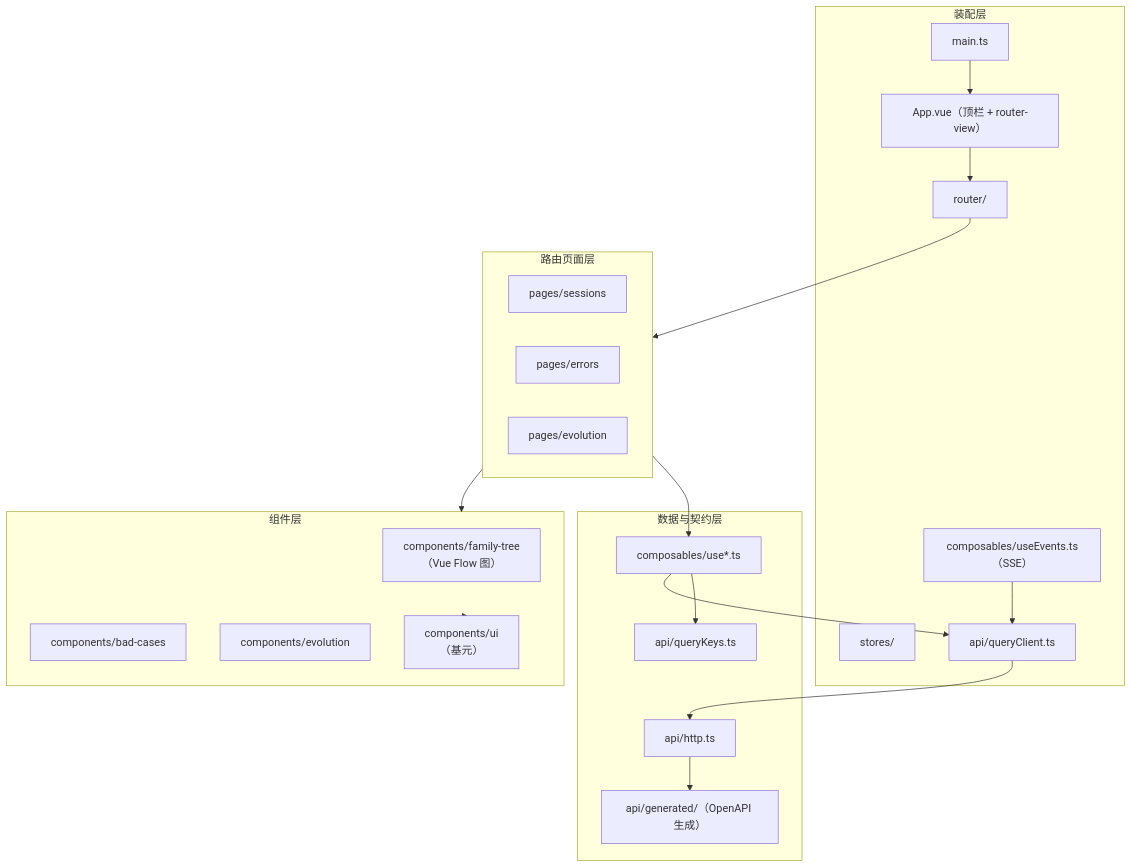
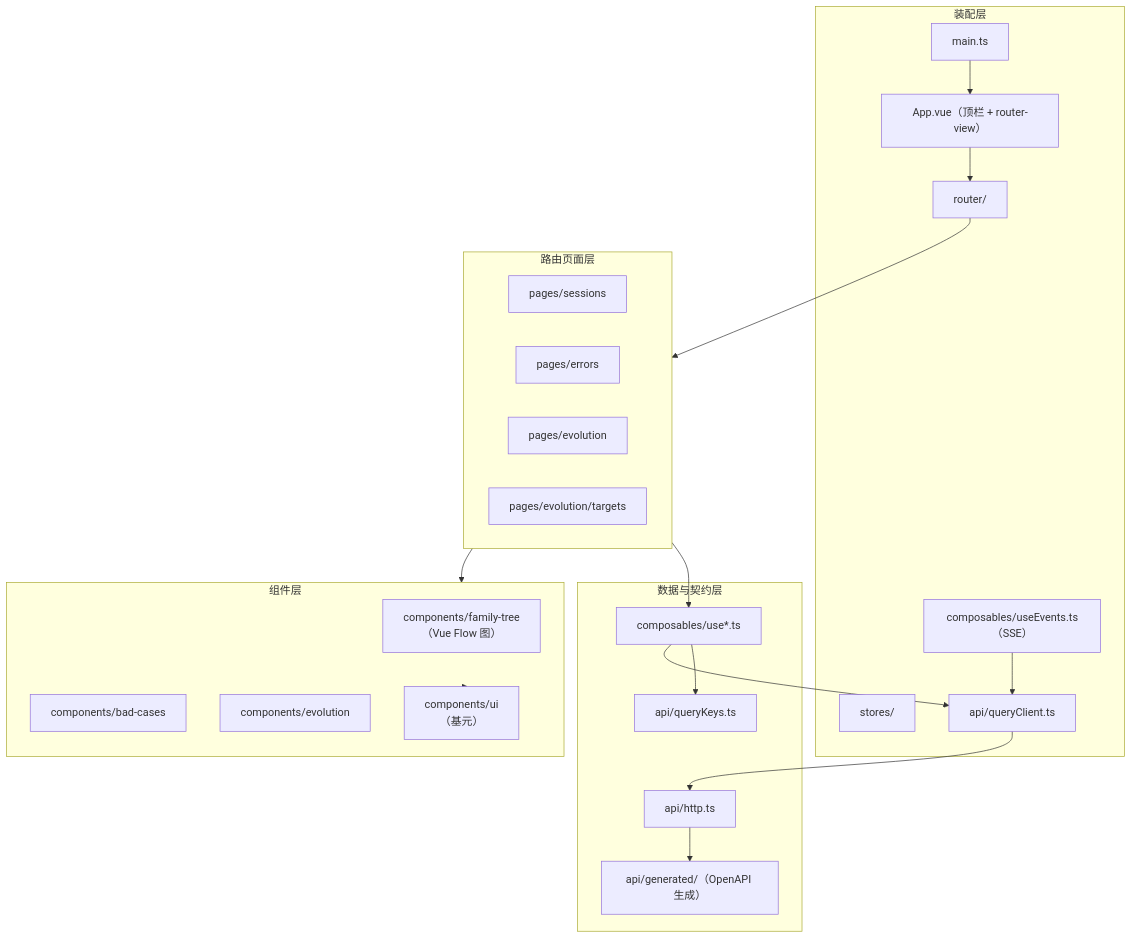
Before and after one commit to Shadow-Azure/harness-evolution: the first of 4 diagrams in plans/fullstack-design/03-frontend-architecture.md, drawn with Mermaid. The commit also changed other lines of this file and 10 other files, not shown here.

````diff
--- a/plans/fullstack-design/03-frontend-architecture.md
+++ b/plans/fullstack-design/03-frontend-architecture.md
@@ -46,34 +46,35 @@
 ```mermaid
 flowchart TB
     subgraph Assembly["装配层"]
         MAIN["main.ts"]
         APP["App.vue（顶栏 + router-view）"]
         ROUTER["router/"]
         PINIA["stores/"]
         QC["api/queryClient.ts"]
         EV["composables/useEvents.ts（SSE）"]
     end
     subgraph Pages["路由页面层"]
         S1["pages/sessions"]
         S3["pages/errors"]
         S4["pages/evolution"]
+        S5["pages/evolution/targets"]
     end
     subgraph Comp["组件层"]
         FT["components/family-tree<br/>（Vue Flow 图）"]
         FD["components/bad-cases"]
         EVO["components/evolution"]
         UI["components/ui<br/>（基元）"]
     end
     subgraph Data["数据与契约层"]
         API["api/http.ts"]
         GEN["api/generated/（OpenAPI 生成）"]
         KEYS["api/queryKeys.ts"]
         HOOKS["composables/use*.ts"]
     end
     MAIN --> APP --> ROUTER --> Pages
     Pages --> Comp
     Comp --> UI
     Pages --> HOOKS --> QC --> API --> GEN
     HOOKS --> KEYS
     EV --> QC
 ```
````
